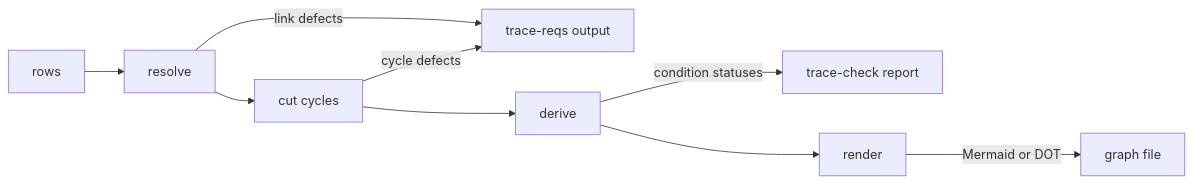
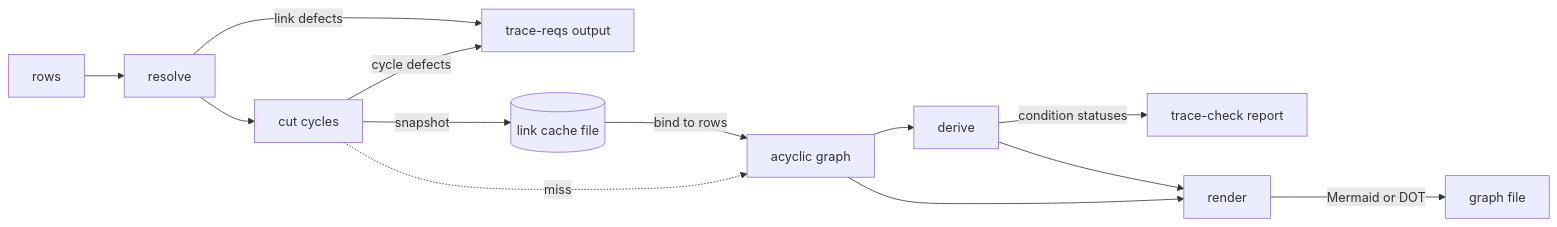
One commit to Dyse-Industries/control-rs changed the diagram in documentation/vv/tracer-link-graph-design.md. Above: the diagram before and after it, drawn with Mermaid. The commit also changed other lines of this file, not shown here.

````diff
--- a/documentation/vv/tracer-link-graph-design.md
+++ b/documentation/vv/tracer-link-graph-design.md
@@ -86,11 +114,15 @@
 ```mermaid
 flowchart LR
     R[rows] --> A[resolve]
     A -->|link defects| D1[trace-reqs output]
     A --> B[cut cycles]
     B -->|cycle defects| D1
-    B --> C[derive]
+    B -->|snapshot| S[(link cache file)]
+    S -->|bind to rows| G[acyclic graph]
+    B -.->|miss| G
+    G --> C[derive]
     C -->|condition statuses| D2[trace-check report]
-    C --> E[render]
+    G --> E[render]
+    C --> E
     E -->|Mermaid or DOT| D3[graph file]
 ```
````
